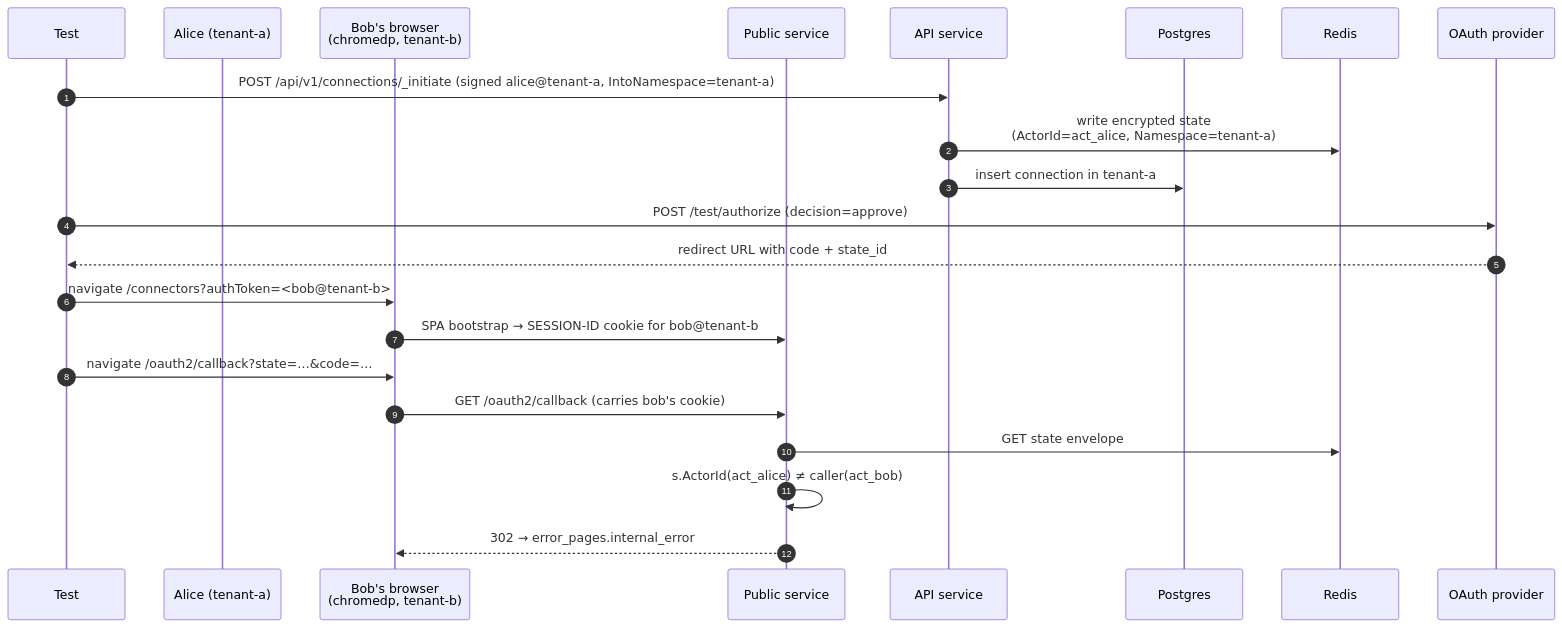
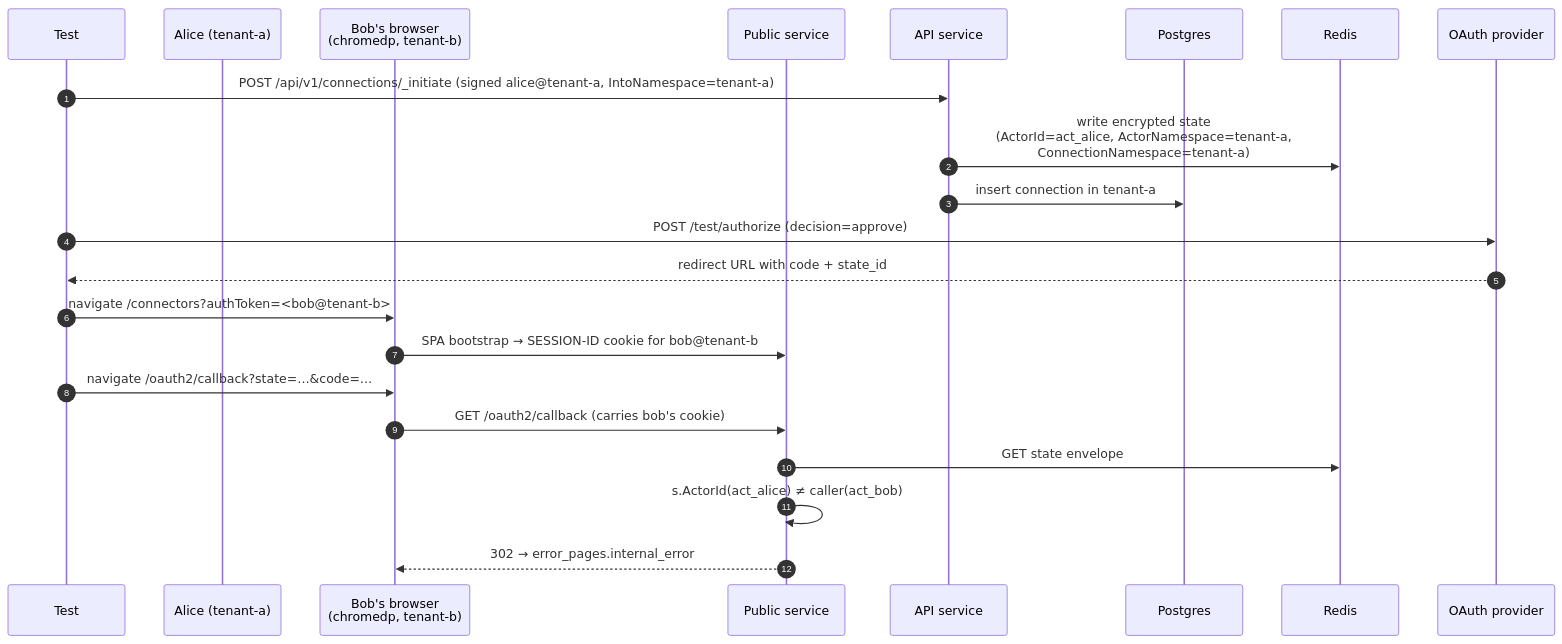
The first of 2 diagrams in integration_tests/oauth2/callback_cross_namespace_test.md (rmorlok/authproxy), drawn with Mermaid before and after one commit. The commit also changed other lines of this file and 40 other files, not shown here.

````diff
--- a/integration_tests/oauth2/callback_cross_namespace_test.md
+++ b/integration_tests/oauth2/callback_cross_namespace_test.md
@@ -155,28 +155,28 @@
 ```mermaid
 sequenceDiagram
     autonumber
     participant T as Test
     participant ATK as Alice (tenant-a)
     participant VIC as Bob's browser<br/>(chromedp, tenant-b)
     participant PUB as Public service
     participant API as API service
     participant DB as Postgres
     participant R as Redis
     participant P as OAuth provider
 
     T->>API: POST /api/v1/connections/_initiate (signed alice@tenant-a, IntoNamespace=tenant-a)
-    API->>R: write encrypted state<br/>(ActorId=act_alice, Namespace=tenant-a)
+    API->>R: write encrypted state<br/>(ActorId=act_alice, ActorNamespace=tenant-a,<br/>ConnectionNamespace=tenant-a)
     API->>DB: insert connection in tenant-a
 
     T->>P: POST /test/authorize (decision=approve)
     P-->>T: redirect URL with code + state_id
 
     T->>VIC: navigate /connectors?authToken=<bob@tenant-b>
     VIC->>PUB: SPA bootstrap → SESSION-ID cookie for bob@tenant-b
 
     T->>VIC: navigate /oauth2/callback?state=…&code=…
     VIC->>PUB: GET /oauth2/callback (carries bob's cookie)
     PUB->>R: GET state envelope
     PUB->>PUB: s.ActorId(act_alice) ≠ caller(act_bob)
     PUB-->>VIC: 302 → error_pages.internal_error
 ```
````
